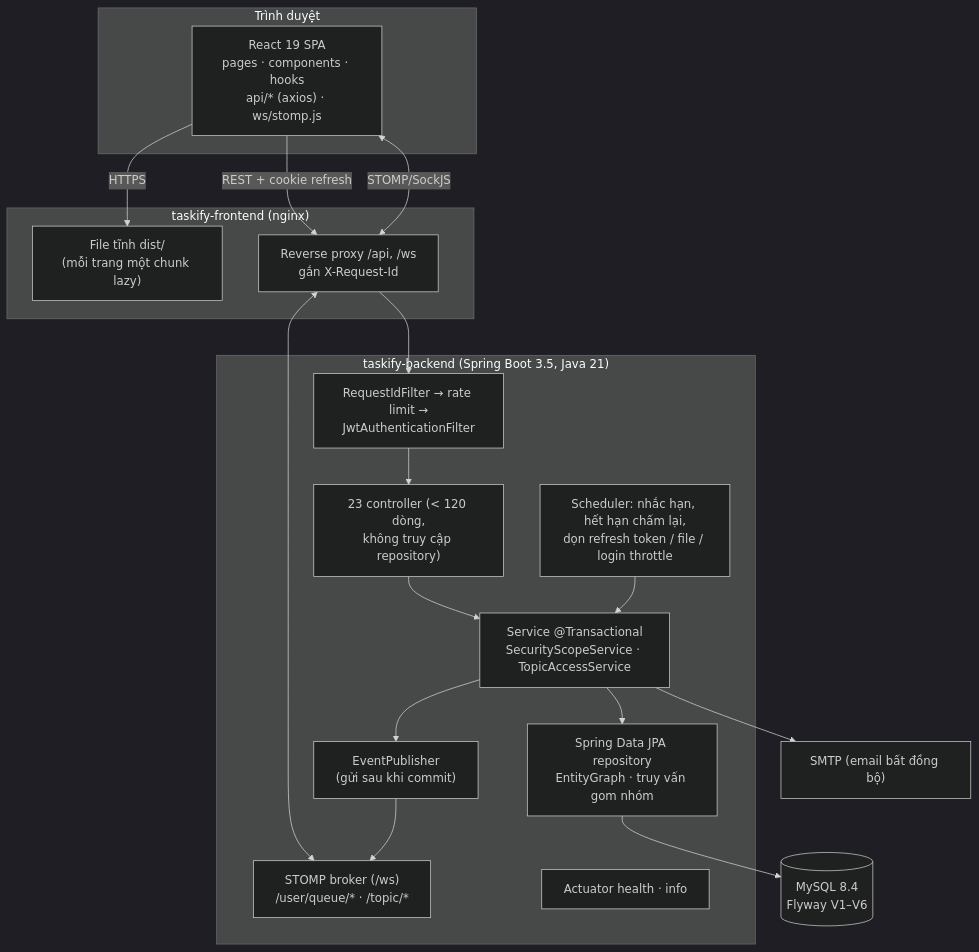
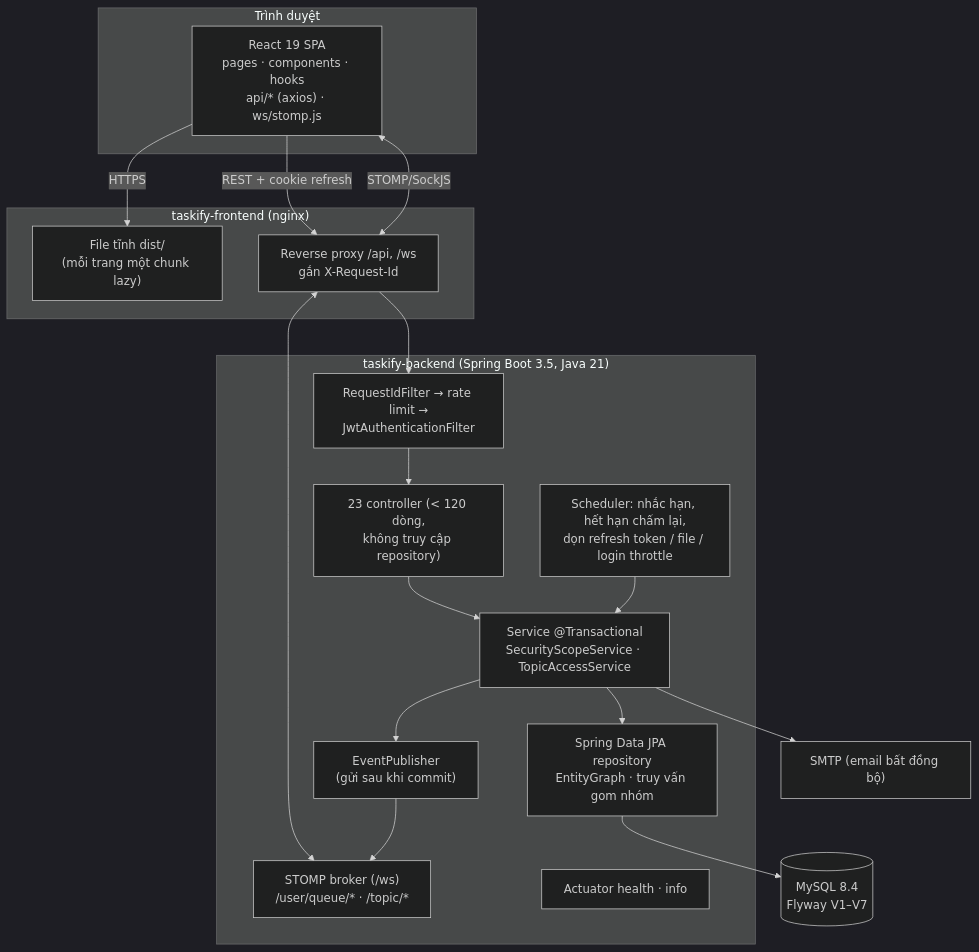
One commit to NguyenTanSang2210/Taskify changed the first of 6 diagrams in docs/ARCHITECTURE.md. Above: the diagram before and after it, drawn with Mermaid (dark theme). The commit also changed other lines of this file and 19 other files, not shown here.

````diff
--- a/docs/ARCHITECTURE.md
+++ b/docs/ARCHITECTURE.md
@@ -7,33 +7,33 @@
 ```mermaid
 flowchart TB
   subgraph Client["Trình duyệt"]
     SPA["React 19 SPA<br/>pages · components · hooks<br/>api/* (axios) · ws/stomp.js"]
   end
 
   subgraph FE["taskify-frontend (nginx)"]
     STATIC["File tĩnh dist/<br/>(mỗi trang một chunk lazy)"]
     PROXY["Reverse proxy /api, /ws<br/>gắn X-Request-Id"]
   end
 
   subgraph BE["taskify-backend (Spring Boot 3.5, Java 21)"]
     FILTERS["RequestIdFilter → rate limit →<br/>JwtAuthenticationFilter"]
     CTRL["23 controller (< 120 dòng,<br/>không truy cập repository)"]
     SVC["Service @Transactional<br/>SecurityScopeService · TopicAccessService"]
     REPO["Spring Data JPA repository<br/>EntityGraph · truy vấn gom nhóm"]
     WS["STOMP broker (/ws)<br/>/user/queue/* · /topic/*"]
     EVT["EventPublisher<br/>(gửi sau khi commit)"]
     JOBS["Scheduler: nhắc hạn, hết hạn chấm lại,<br/>dọn refresh token / file / login throttle"]
     ACT["Actuator health · info"]
   end
 
-  DB[("MySQL 8.4<br/>Flyway V1–V6")]
+  DB[("MySQL 8.4<br/>Flyway V1–V7")]
   MAIL["SMTP (email bất đồng bộ)"]
 
   SPA -->|HTTPS| STATIC
   SPA -->|REST + cookie refresh| PROXY --> FILTERS --> CTRL --> SVC --> REPO --> DB
   SPA <-->|STOMP/SockJS| PROXY
   PROXY <--> WS
   SVC --> EVT --> WS
   SVC --> MAIL
   JOBS --> SVC
 ```
````
